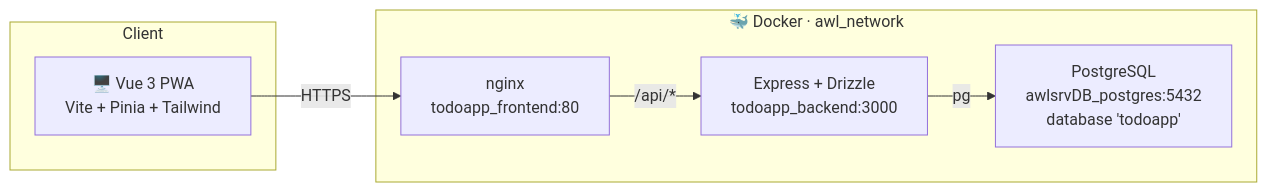
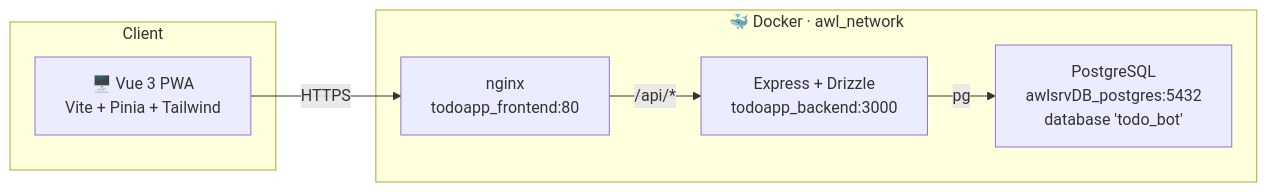
Before and after one commit to moablive/LBS_TodoAPP: the first of 2 diagrams in README.md, drawn with Mermaid. The commit also changed other lines of this file and 125 other files, not shown here.

````diff
--- a/README.md
+++ b/README.md
@@ -160,17 +132,16 @@
 ```mermaid
 flowchart LR
   subgraph Client
     PWA["🖥️ Vue 3 PWA<br/>Vite + Pinia + Tailwind"]
   end
 
-
   subgraph awl_network["🐳 Docker · awl_network"]
     NGINX["nginx<br/>todoapp_frontend:80"]
     API["Express + Drizzle<br/>todoapp_backend:3000"]
-    PG["PostgreSQL<br/>awlsrvDB_postgres:5432<br/>database 'todoapp'"]
+    PG["PostgreSQL<br/>awlsrvDB_postgres:5432<br/>database 'todo_bot'"]
   end
 
   PWA -- "HTTPS" --> NGINX
   NGINX -- "/api/*" --> API
   API -- "pg" --> PG
 ```
````
